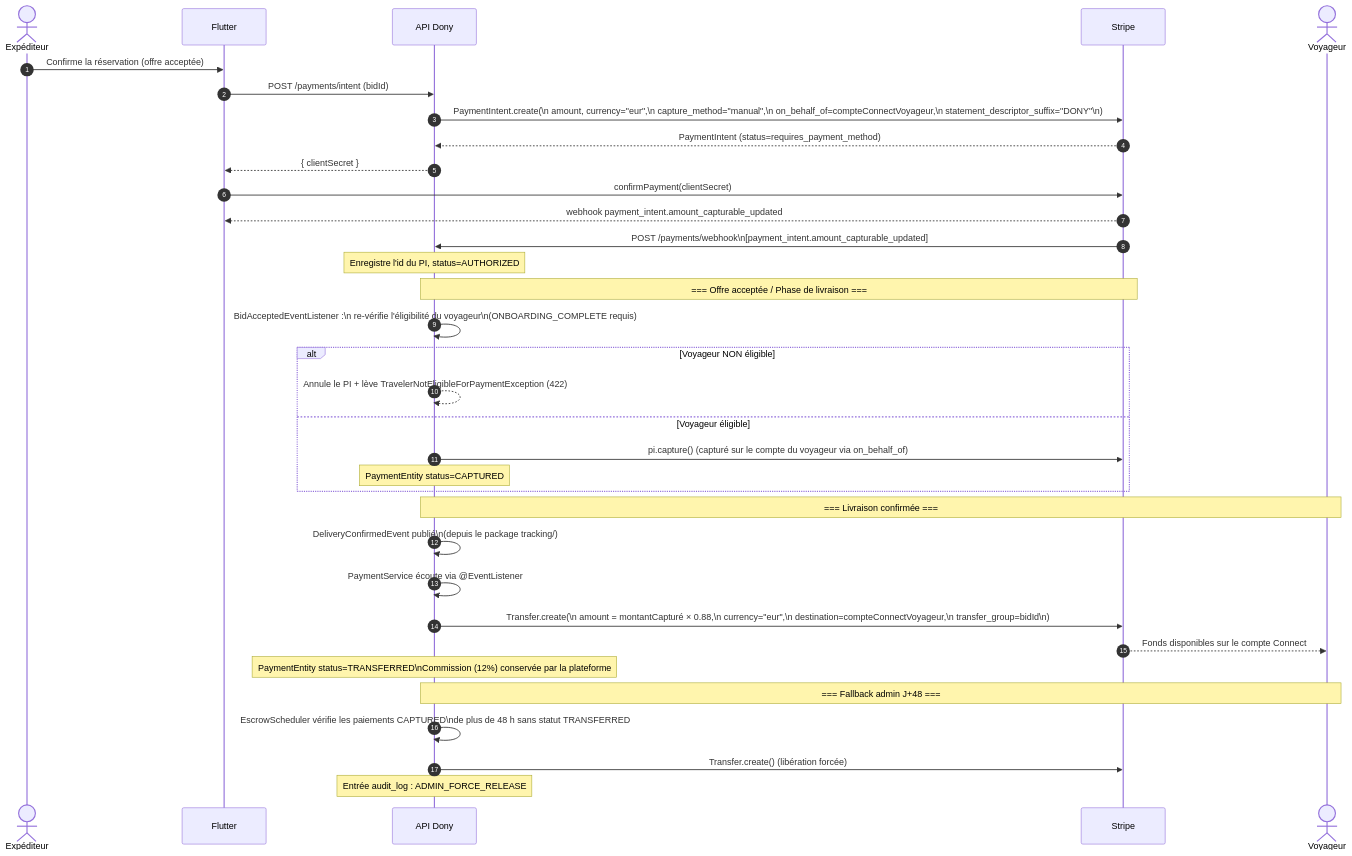
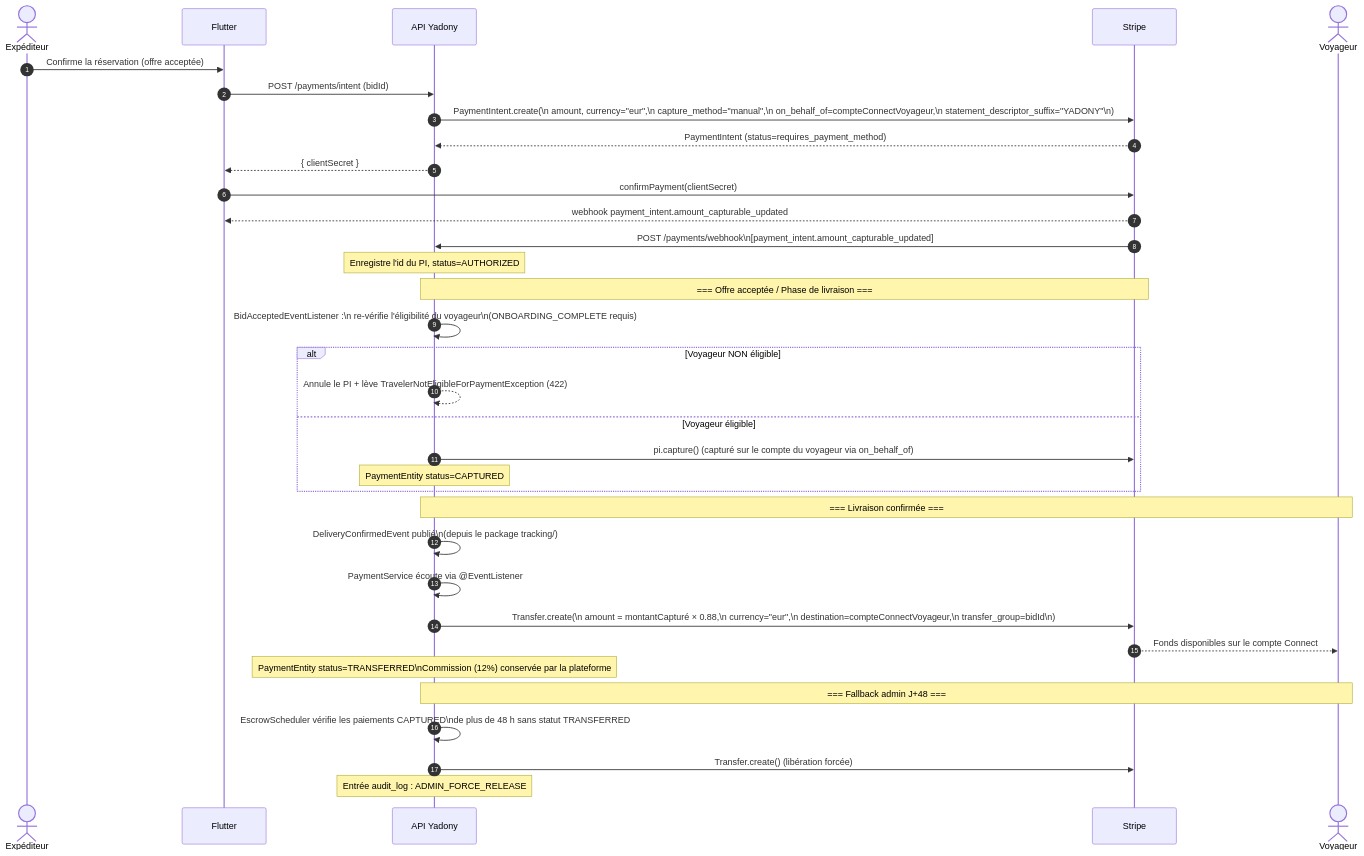
One commit to MONDONY/dony-back changed the diagram in docs/payments-flow.md. Above: the diagram before and after it, drawn with Mermaid. The commit also changed other lines of this file and 2230 other files, not shown here.

First line of the commit message:
Renomme intégralement Dony en Yadony (#137)

````diff
--- a/docs/payments-flow.md
+++ b/docs/payments-flow.md
@@ -23,44 +23,44 @@
 ```mermaid
 sequenceDiagram
     autonumber
     actor Expéditeur
     participant Flutter
-    participant API as API Dony
+    participant API as API Yadony
     participant Stripe
     actor Voyageur
 
     Expéditeur->>Flutter: Confirme la réservation (offre acceptée)
     Flutter->>API: POST /payments/intent (bidId)
-    API->>Stripe: PaymentIntent.create(\n  amount, currency="eur",\n  capture_method="manual",\n  on_behalf_of=compteConnectVoyageur,\n  statement_descriptor_suffix="DONY"\n)
+    API->>Stripe: PaymentIntent.create(\n  amount, currency="eur",\n  capture_method="manual",\n  on_behalf_of=compteConnectVoyageur,\n  statement_descriptor_suffix="YADONY"\n)
     Stripe-->>API: PaymentIntent (status=requires_payment_method)
     API-->>Flutter: { clientSecret }
 
     Flutter->>Stripe: confirmPayment(clientSecret)
     Stripe-->>Flutter: webhook payment_intent.amount_capturable_updated
     Stripe->>API: POST /payments/webhook\n[payment_intent.amount_capturable_updated]
     Note over API: Enregistre l'id du PI, status=AUTHORIZED
 
     Note over API,Stripe: === Offre acceptée / Phase de livraison ===
 
     API->>API: BidAcceptedEventListener :\n re-vérifie l'éligibilité du voyageur\n(ONBOARDING_COMPLETE requis)
     alt Voyageur NON éligible
         API-->>API: Annule le PI + lève TravelerNotEligibleForPaymentException (422)
     else Voyageur éligible
         API->>Stripe: pi.capture() (capturé sur le compte du voyageur via on_behalf_of)
         Note over API: PaymentEntity status=CAPTURED
     end
 
     Note over API,Voyageur: === Livraison confirmée ===
 
     API->>API: DeliveryConfirmedEvent publié\n(depuis le package tracking/)
     API->>API: PaymentService écoute via @EventListener
     API->>Stripe: Transfer.create(\n  amount = montantCapturé × 0.88,\n  currency="eur",\n  destination=compteConnectVoyageur,\n  transfer_group=bidId\n)
     Stripe-->>Voyageur: Fonds disponibles sur le compte Connect
     Note over API: PaymentEntity status=TRANSFERRED\nCommission (12%) conservée par la plateforme
 
     Note over API,Voyageur: === Fallback admin J+48 ===
 
     API->>API: EscrowScheduler vérifie les paiements CAPTURED\nde plus de 48 h sans statut TRANSFERRED
     API->>Stripe: Transfer.create() (libération forcée)
     Note over API: Entrée audit_log : ADMIN_FORCE_RELEASE
 ```
````
